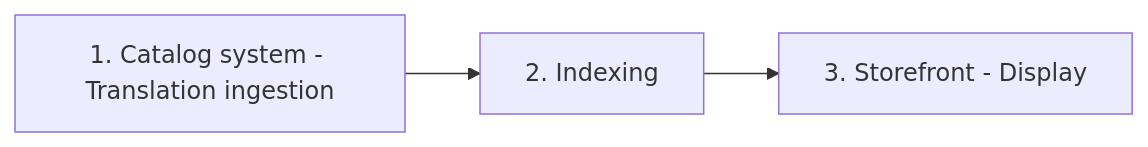
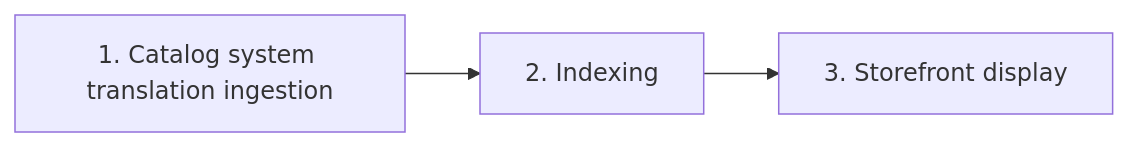
The diagram in docs/guides/Catalog/Multi-language/catalog-multi-language-integration-guide.md (vtexdocs/dev-portal-content), drawn with Mermaid before and after one commit.

````diff
--- a/docs/guides/Catalog/Multi-language/catalog-multi-language-integration-guide.md
+++ b/docs/guides/Catalog/Multi-language/catalog-multi-language-integration-guide.md
@@ -39,5 +39,5 @@
 ```mermaid
 flowchart LR
-    A[1. Catalog system - Translation ingestion] --> B[2. Indexing]
-    B --> C[3. Storefront - Display]
+    A[1. Catalog system translation ingestion] --> B[2. Indexing]
+    B --> C[3. Storefront display]
 ```
````
